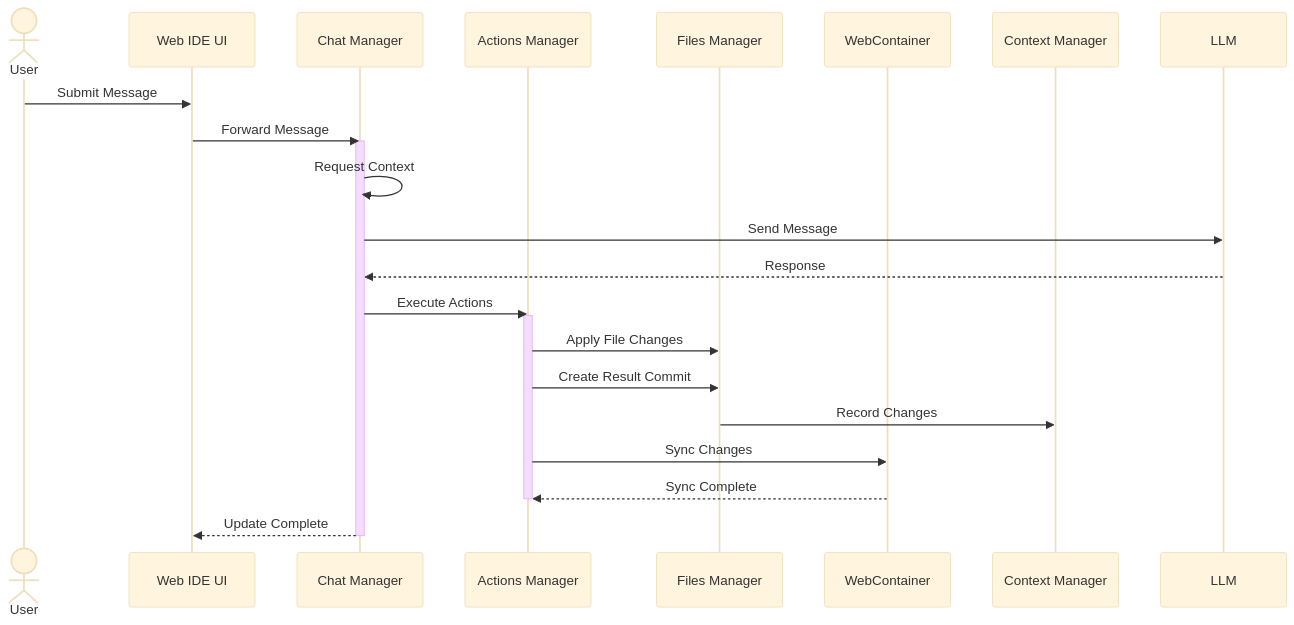
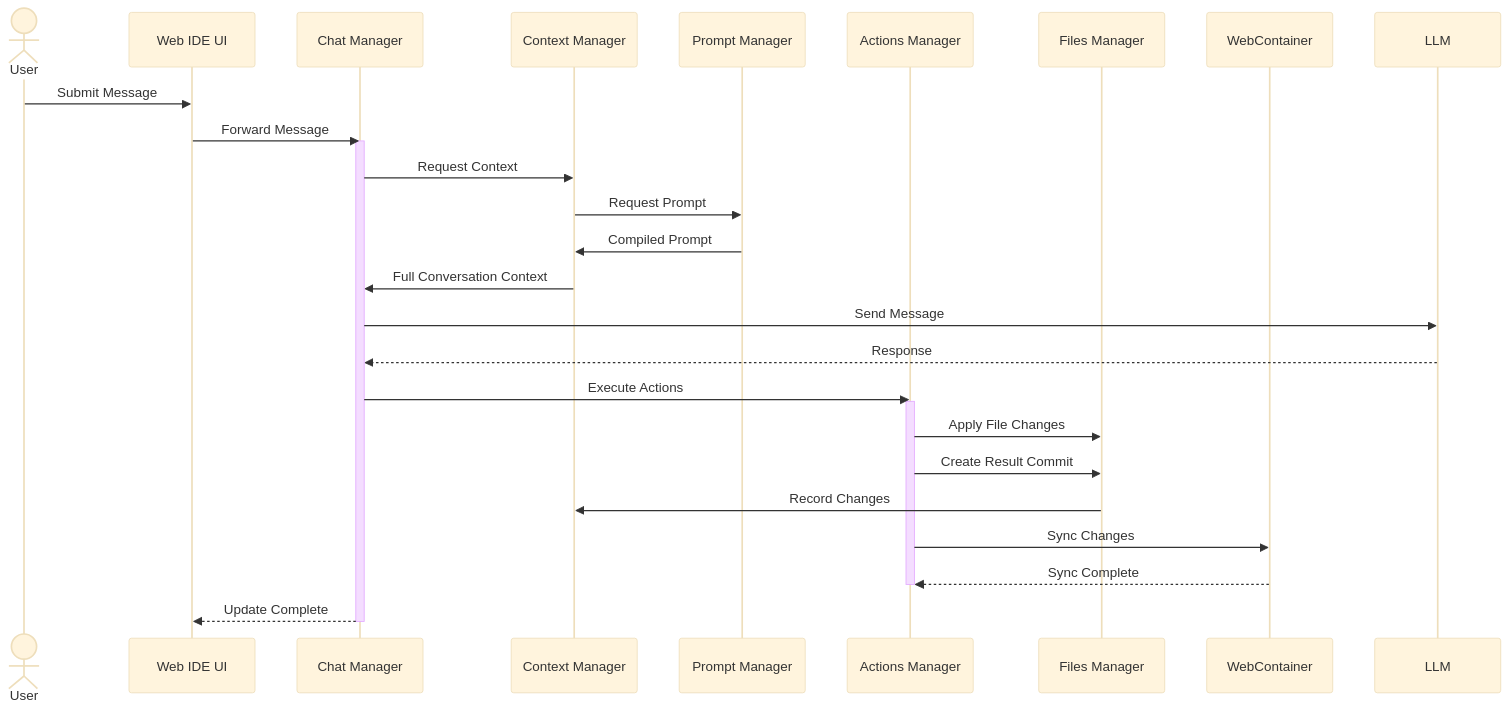
One commit to mrsimpson/piddie changed the second of 16 diagrams in architecture.md. Above: the diagram before and after it, drawn with Mermaid (base theme).

Commit message:
Peer-Review GPT 4o: Details Prompt-Manager interaction

````diff
--- a/architecture.md
+++ b/architecture.md
@@ -70,30 +70,34 @@
 ```mermaid
 sequenceDiagram
     actor User
     participant UI as Web IDE UI
     participant CHM as Chat Manager
+    participant CM as Context Manager
+    participant PM as Prompt Manager
     participant AM as Actions Manager
     participant FM as Files Manager
     participant WC as WebContainer
-    participant CM as Context Manager
-    
+
     User->>UI: Submit Message
     UI->>CHM: Forward Message
     
     activate CHM
-    CHM->>CHM: Request Context
+    CHM->>CM: Request Context
+    CM->>PM: Request Prompt
+    PM->>CM: Compiled Prompt
+    CM->>CHM: Full Conversation Context
     CHM->>LLM: Send Message
     LLM-->>CHM: Response
     CHM->>AM: Execute Actions
     
     activate AM
     AM->>FM: Apply File Changes
     AM->>FM: Create Result Commit
     FM->>CM: Record Changes
     AM->>WC: Sync Changes
     WC-->>AM: Sync Complete
     deactivate AM
     
     CHM-->>UI: Update Complete
     deactivate CHM
 ```
````
